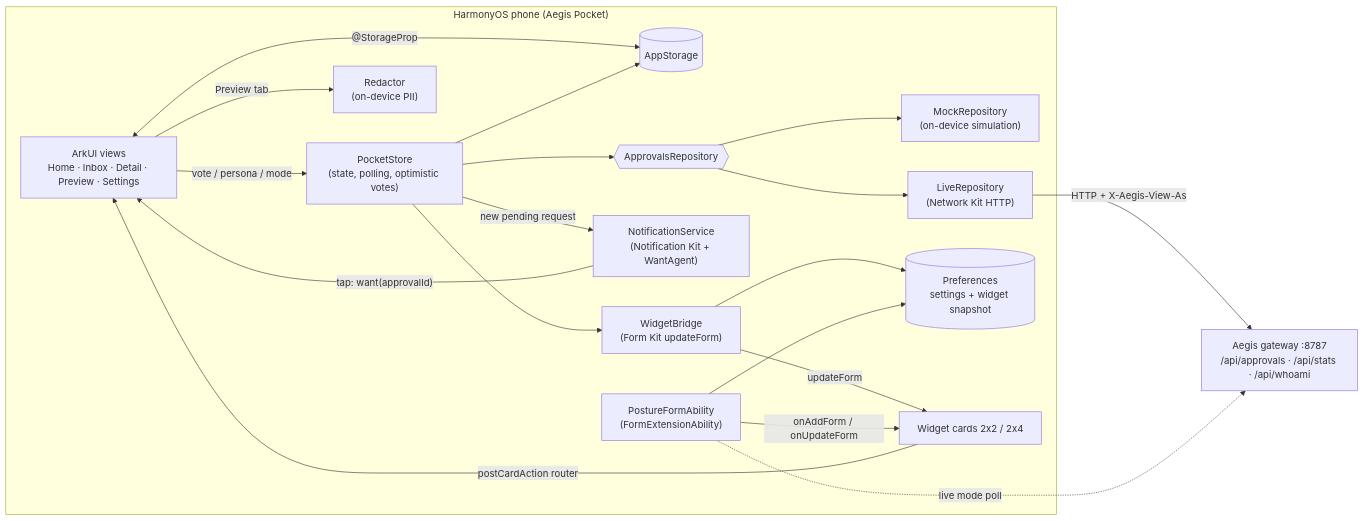
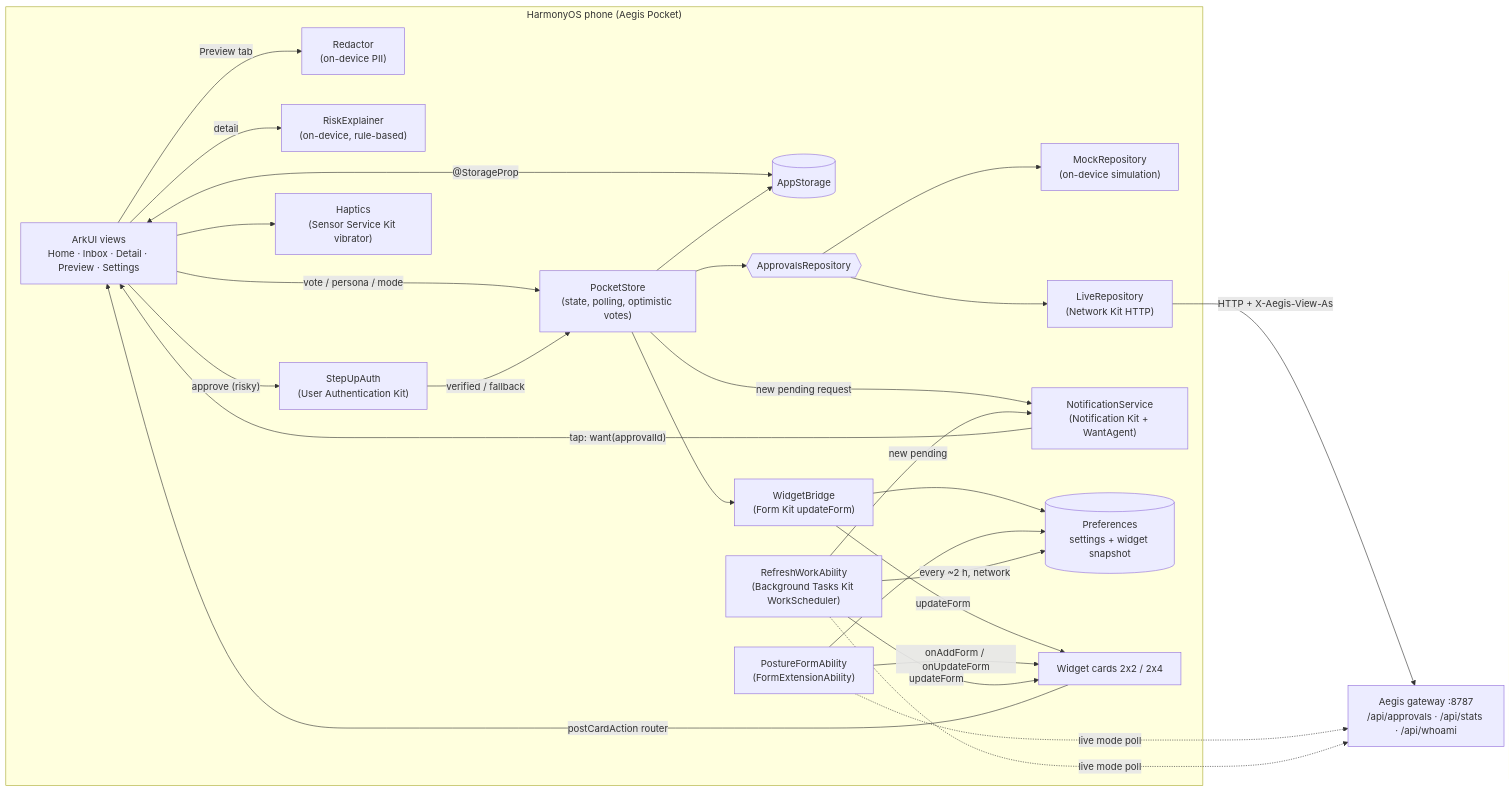
The diagram in README.md (JustAnotherDevv/tiles-hackyeah-2026), drawn with Mermaid before and after one commit. The commit also changed other lines of this file and 21 other files, not shown here.

First line of the commit message:
Aegis Pocket: biometric step-up, haptics, background refresh, risk explainer

````diff
--- a/README.md
+++ b/README.md
@@ -302,36 +347,48 @@
 ```mermaid
 flowchart LR
   subgraph Phone["HarmonyOS phone (Aegis Pocket)"]
     UI["ArkUI views<br/>Home · Inbox · Detail · Preview · Settings"]
     Store["PocketStore<br/>(state, polling, optimistic votes)"]
     AS[("AppStorage")]
     Repo{{"ApprovalsRepository"}}
     Mock["MockRepository<br/>(on-device simulation)"]
     Live["LiveRepository<br/>(Network Kit HTTP)"]
     Notif["NotificationService<br/>(Notification Kit + WantAgent)"]
     WB["WidgetBridge<br/>(Form Kit updateForm)"]
     Prefs[("Preferences<br/>settings + widget snapshot")]
     FEA["PostureFormAbility<br/>(FormExtensionAbility)"]
     Cards["Widget cards 2x2 / 2x4"]
     Red["Redactor<br/>(on-device PII)"]
+    Risk["RiskExplainer<br/>(on-device, rule-based)"]
+    Auth["StepUpAuth<br/>(User Authentication Kit)"]
+    Hap["Haptics<br/>(Sensor Service Kit vibrator)"]
+    WS["RefreshWorkAbility<br/>(Background Tasks Kit WorkScheduler)"]
   end
   GW["Aegis gateway :8787<br/>/api/approvals · /api/stats · /api/whoami"]
 
   UI <-- "@StorageProp" --> AS
   Store --> AS
   UI -- "vote / persona / mode" --> Store
   Store --> Repo
   Repo --> Mock
   Repo --> Live
   Live -- "HTTP + X-Aegis-View-As" --> GW
   Store -- "new pending request" --> Notif
   Notif -- "tap: want(approvalId)" --> UI
   Store --> WB
   WB --> Prefs
   WB -- "updateForm" --> Cards
   FEA -- "onAddForm / onUpdateForm" --> Cards
   FEA --> Prefs
   FEA -. "live mode poll" .-> GW
   Cards -- "postCardAction router" --> UI
   UI -- "Preview tab" --> Red
+  UI -- "detail" --> Risk
+  UI -- "approve (risky)" --> Auth
+  Auth -- "verified / fallback" --> Store
+  UI --> Hap
+  WS -- "every ~2 h, network" --> Prefs
+  WS -. "live mode poll" .-> GW
+  WS -- "updateForm" --> Cards
+  WS -- "new pending" --> Notif
 ```
````
